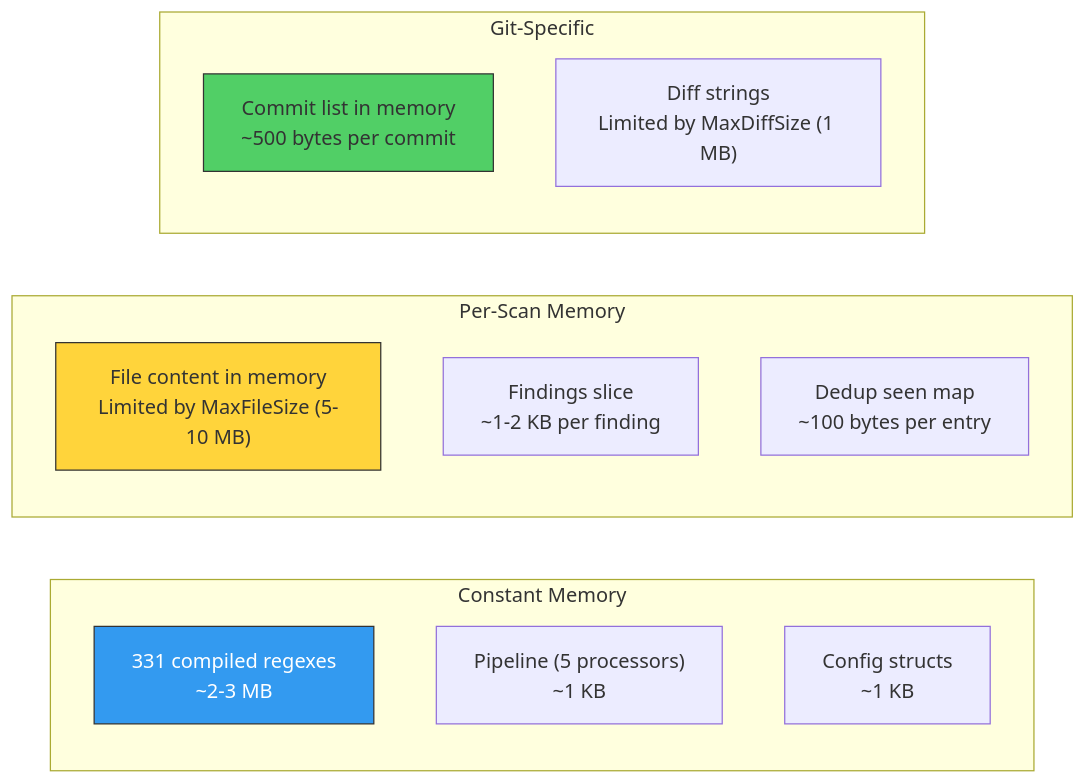
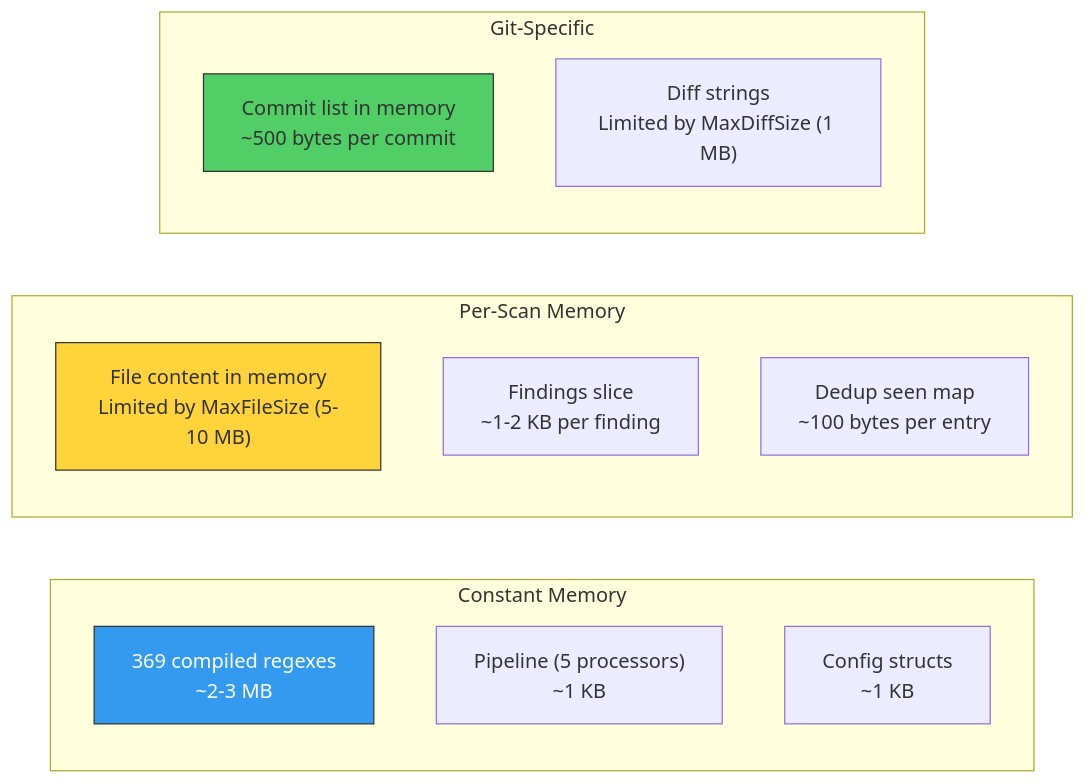
Diagram 60 of 60 in docs/training/00-System-Design.md (svemulapati/CredVigil), drawn with Mermaid before and after one commit. The commit also changed other lines of this file and 20 other files, not shown here.

````diff
--- a/docs/training/00-System-Design.md
+++ b/docs/training/00-System-Design.md
@@ -2434,23 +2434,23 @@
 ```mermaid
 graph LR
     subgraph "Constant Memory"
-        M1["331 compiled regexes<br/>~2-3 MB"]
+        M1["369 compiled regexes<br/>~2-3 MB"]
         M2["Pipeline (5 processors)<br/>~1 KB"]
         M3["Config structs<br/>~1 KB"]
     end
 
     subgraph "Per-Scan Memory"
         M4["File content in memory<br/>Limited by MaxFileSize (5-10 MB)"]
         M5["Findings slice<br/>~1-2 KB per finding"]
         M6["Dedup seen map<br/>~100 bytes per entry"]
     end
 
     subgraph "Git-Specific"
         M7["Commit list in memory<br/>~500 bytes per commit"]
         M8["Diff strings<br/>Limited by MaxDiffSize (1 MB)"]
     end
 
     style M1 fill:#339af0,stroke:#333,color:#fff
     style M4 fill:#ffd43b,stroke:#333
     style M7 fill:#51cf66,stroke:#333
 ```
````
